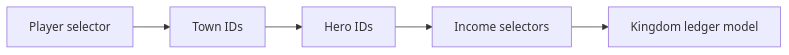
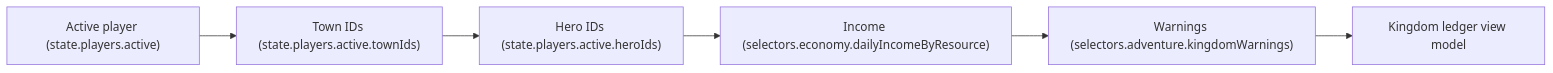
The second of 5 diagrams in docs/architecture/wiki/screens/08-kingdom-overview/architecture.md (SunaNoOshiro/Heroes_Reforged_AI_Realms), drawn with Mermaid before and after one commit. The commit also changed other lines of this file and 518 other files, not shown here.

First line of the commit message:
Add doc-audit skill and sweep architecture/screen docs

````diff
--- a/docs/architecture/wiki/screens/08-kingdom-overview/architecture.md
+++ b/docs/architecture/wiki/screens/08-kingdom-overview/architecture.md
@@ -32,8 +42,8 @@
 ```mermaid
 flowchart LR
-  L0["Player selector"] --> L1
-  L1["Town IDs"] --> L2
-  L2["Hero IDs"] --> L3
-  L3["Income selectors"] --> L4
-  L4["Kingdom ledger model"]
+  L0["Active player (state.players.active)"] --> L1["Town IDs (state.players.active.townIds)"]
+  L1 --> L2["Hero IDs (state.players.active.heroIds)"]
+  L2 --> L3["Income (selectors.economy.dailyIncomeByResource)"]
+  L3 --> L4["Warnings (selectors.adventure.kingdomWarnings)"]
+  L4 --> L5["Kingdom ledger view model"]
 ```
````
